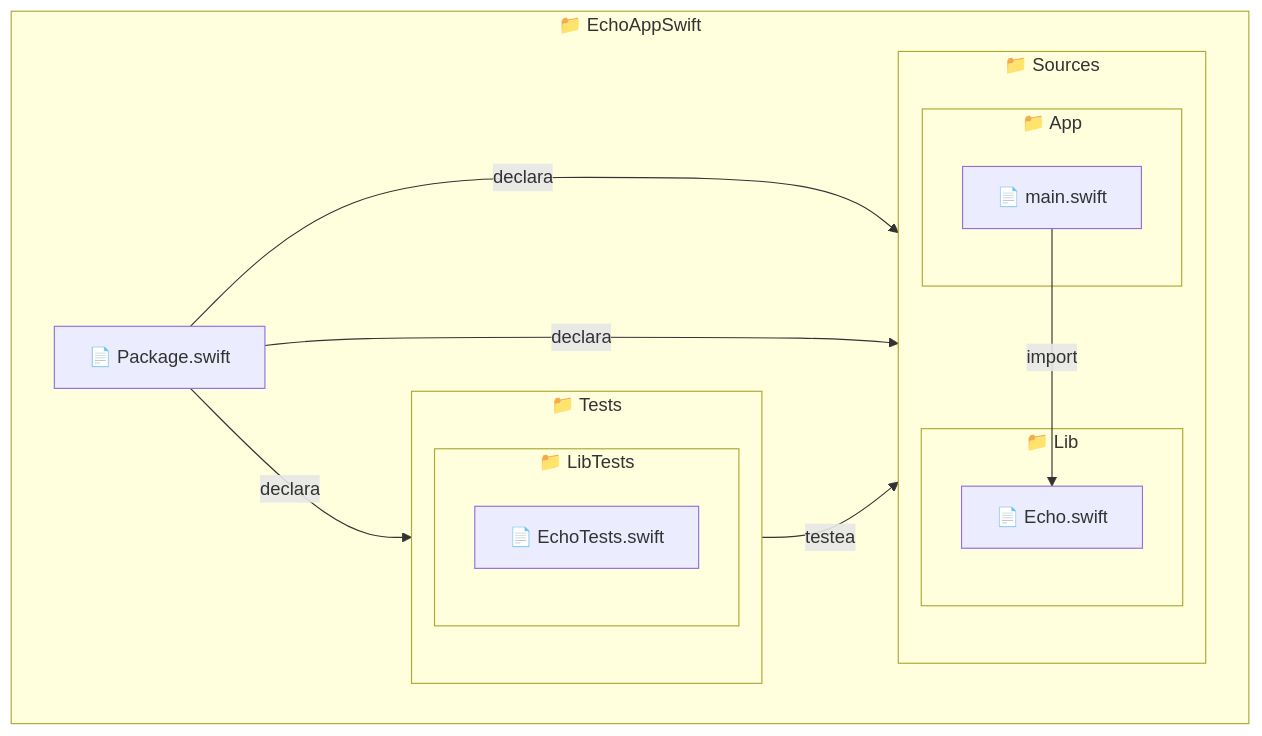
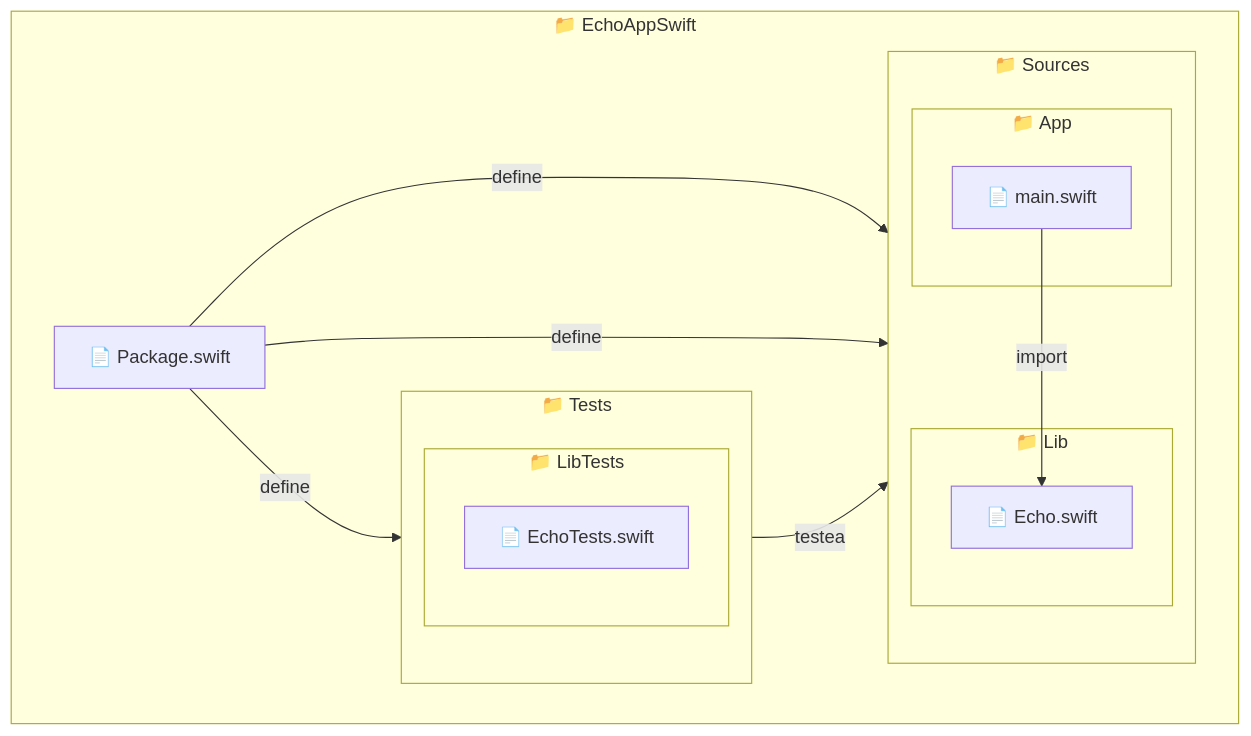
One commit to r8vnhill/dibs-docusaurus changed the diagram in docs/build-systems/modular-design/swift.mdx. Above: the diagram before and after it, drawn with Mermaid. The commit also changed other lines of this file and 5 other files, not shown here.

````diff
--- a/docs/build-systems/modular-design/swift.mdx
+++ b/docs/build-systems/modular-design/swift.mdx
@@ -38,34 +48,34 @@
 ```mermaid
 graph TD
     subgraph Root [📁 EchoAppSwift]
         direction LR
 
         Package[📄 Package.swift]
 
         subgraph Sources [📁 Sources]
             direction TB
 
             subgraph App [📁 App]
                 Main[📄 main.swift]
             end
 
             subgraph Lib [📁 Lib]
                 Echo[📄 Echo.swift]
             end
         end
 
         subgraph Tests [📁 Tests]
             direction TB
 
             subgraph LibTests [📁 LibTests]
                 EchoTests[📄 EchoTests.swift]
             end
         end
     end
 
-    Package -->|declara| App
-    Package -->|declara| Lib
-    Package -->|declara| LibTests
+    Package -->|define| App
+    Package -->|define| Lib
+    Package -->|define| LibTests
     Main -->|import| Echo
     EchoTests -->|testea| Echo
 ```
````
